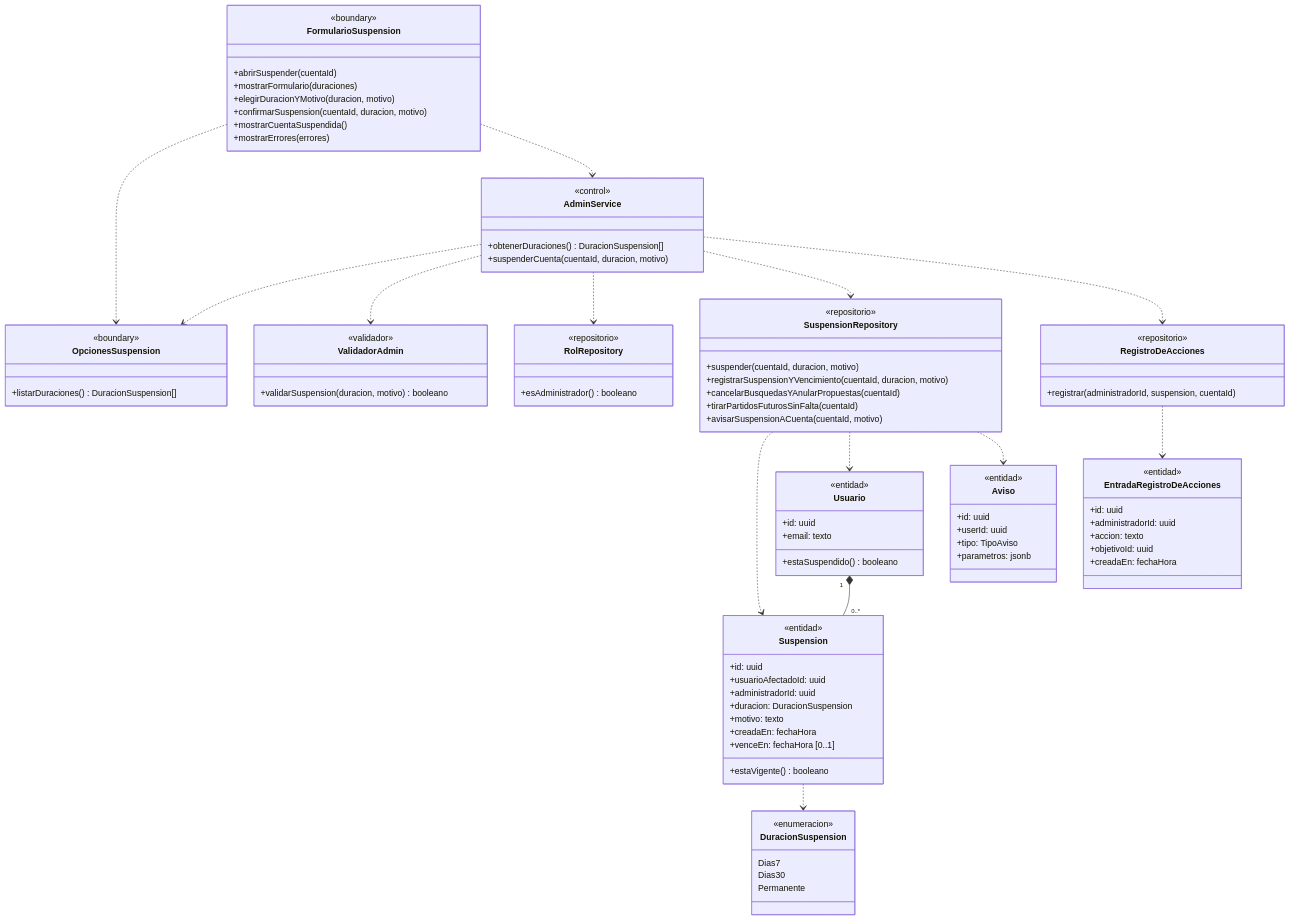
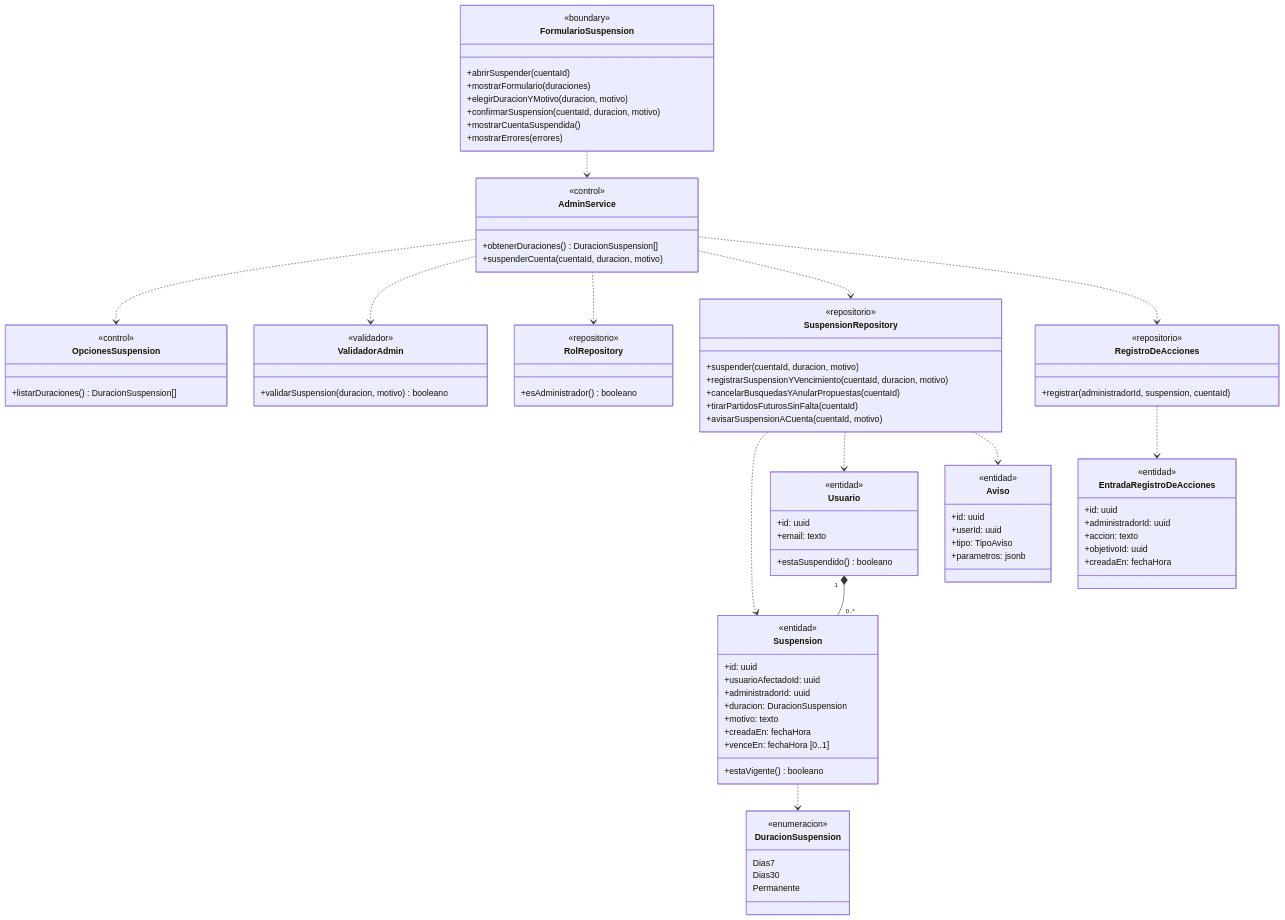
One commit to nicqletal/torneos-scraper changed the sixth of 7 diagrams in docs/diagramas-de-clase/administracion.md. Above: the diagram before and after it, drawn with Mermaid. The commit also changed other lines of this file and 12 other files, not shown here.

First line of the commit message:
docs(diagramas-de-clase): alinear métodos con secuencias, unificar capas y limpiar etiquetas en flechas

```diff
--- a/docs/diagramas-de-clase/administracion.md
+++ b/docs/diagramas-de-clase/administracion.md
@@ -495,7 +493,7 @@
   +mostrarErrores(errores)
 }
 class OpcionesSuspension {
-  <<boundary>>
+  <<control>>
   +listarDuraciones() DuracionSuspension[]
 }
 class AdminService {
@@ -561,7 +559,6 @@
   Dias30
   Permanente
 }
-FormularioSuspension ..> OpcionesSuspension
 FormularioSuspension ..> AdminService
 AdminService ..> OpcionesSuspension
 AdminService ..> ValidadorAdmin
```
